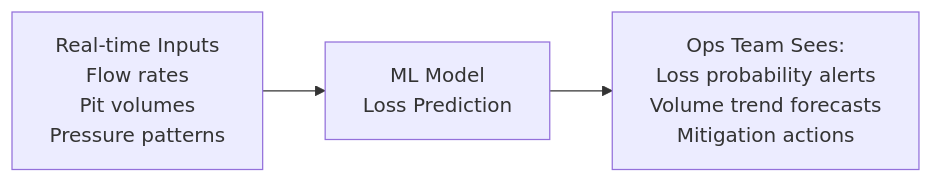
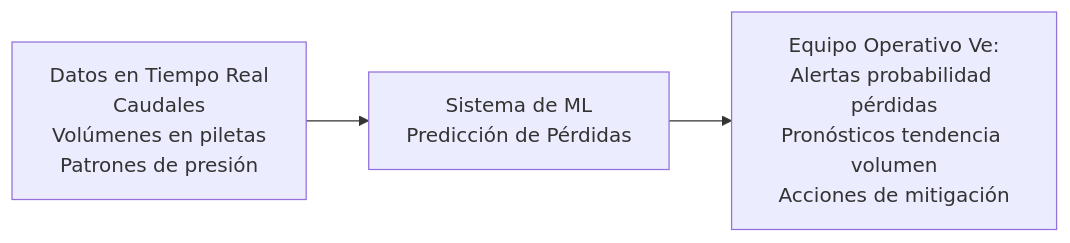
One commit to wonder-dmercadal/PublicReports changed the third of 13 diagrams in PAE_Report.md. Above: the diagram before and after it, drawn with Mermaid. The commit also changed other lines of this file, not shown here.

````diff
--- a/PAE_Report.md
+++ b/PAE_Report.md
@@ -47,5 +47,5 @@
 ```mermaid
 graph LR
-    A[Real-time Inputs<br/>Flow rates<br/>Pit volumes<br/>Pressure patterns] --> B[ML Model<br/>Loss Prediction]
-    B --> C[Ops Team Sees:<br/>Loss probability alerts<br/>Volume trend forecasts<br/>Mitigation actions]
+    A[Datos en Tiempo Real<br/>Caudales<br/>Volúmenes en piletas<br/>Patrones de presión] --> B[Sistema de ML<br/>Predicción de Pérdidas]
+    B --> C[Equipo Operativo Ve:<br/>Alertas probabilidad pérdidas<br/>Pronósticos tendencia volumen<br/>Acciones de mitigación]
 ```
````
